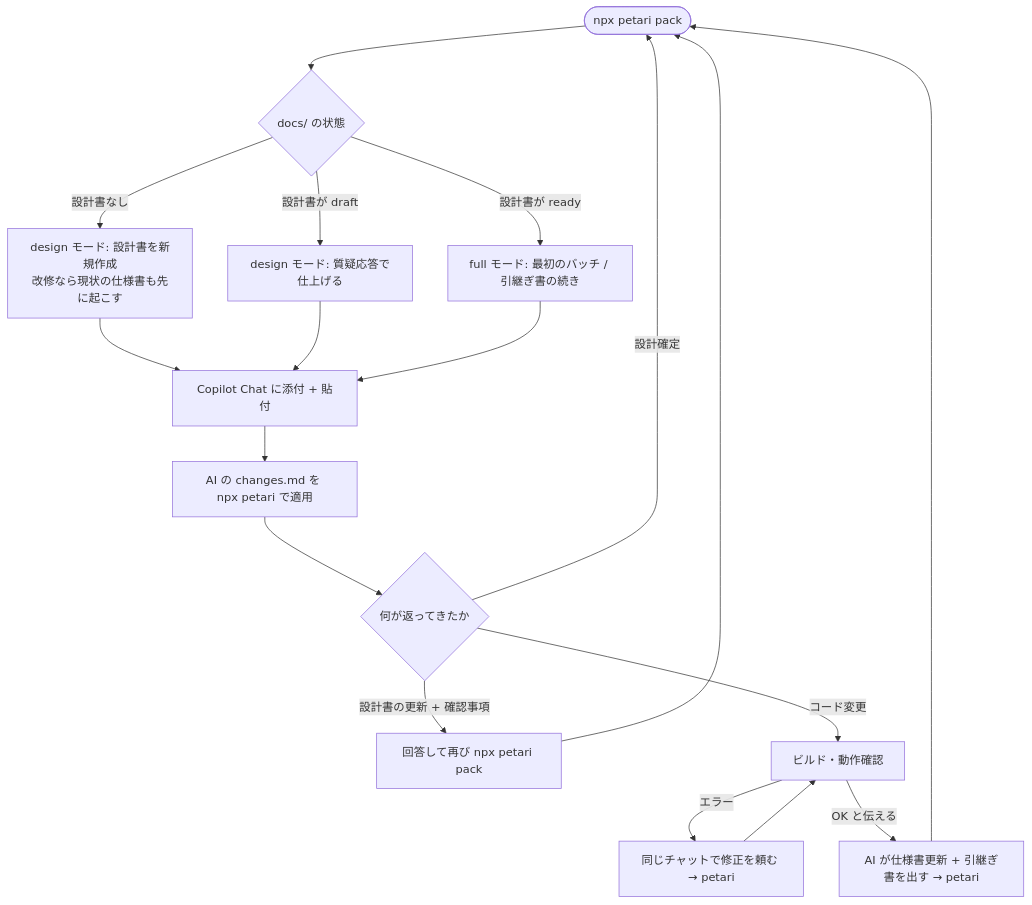
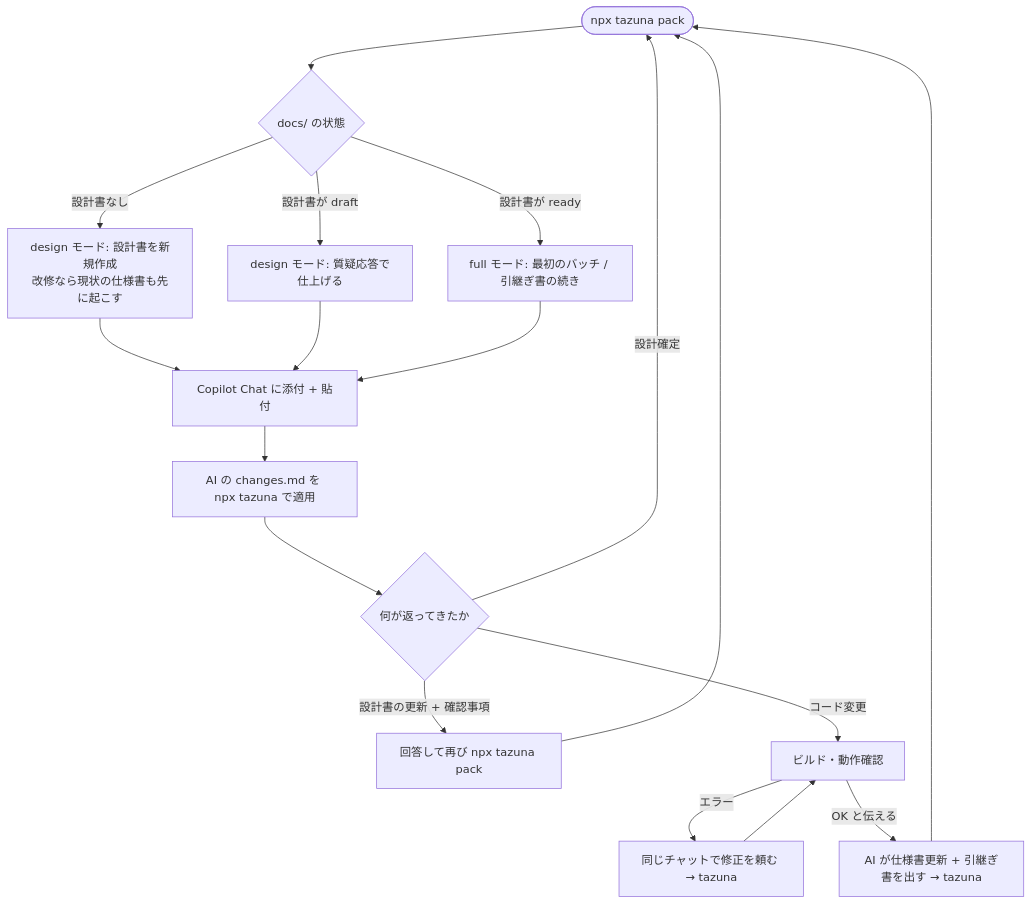
One commit to ishibashi0112/petari changed the diagram in docs/WORKFLOW.md. Above: the diagram before and after it, drawn with Mermaid. The commit also changed other lines of this file and 99 other files, not shown here.

First line of the commit message:
tazuna に改名 (petari 0.15.0 → tazuna 0.15.0) と petari の互換パッケージ

````diff
--- a/docs/WORKFLOW.md
+++ b/docs/WORKFLOW.md
@@ -81,20 +84,20 @@
 ```mermaid
 flowchart TD
-    S([npx petari pack]) --> Q{docs/ の状態}
+    S([npx tazuna pack]) --> Q{docs/ の状態}
     Q -->|設計書なし| D1[design モード: 設計書を新規作成\n改修なら現状の仕様書も先に起こす]
     Q -->|設計書が draft| D2[design モード: 質疑応答で仕上げる]
     Q -->|設計書が ready| I1[full モード: 最初のバッチ / 引継ぎ書の続き]
     D1 --> C[Copilot Chat に添付 + 貼付]
     D2 --> C
     I1 --> C
-    C --> A[AI の changes.md を npx petari で適用]
+    C --> A[AI の changes.md を npx tazuna で適用]
     A --> K{何が返ってきたか}
-    K -->|設計書の更新 + 確認事項| ANS[回答して再び npx petari pack]
+    K -->|設計書の更新 + 確認事項| ANS[回答して再び npx tazuna pack]
     K -->|設計確定| S
     K -->|コード変更| B[ビルド・動作確認]
-    B -->|エラー| FIX[同じチャットで修正を頼む → petari]
+    B -->|エラー| FIX[同じチャットで修正を頼む → tazuna]
     FIX --> B
-    B -->|OK と伝える| H[AI が仕様書更新 + 引継ぎ書を出す → petari]
+    B -->|OK と伝える| H[AI が仕様書更新 + 引継ぎ書を出す → tazuna]
     H --> S
     ANS --> S
 ```
````
